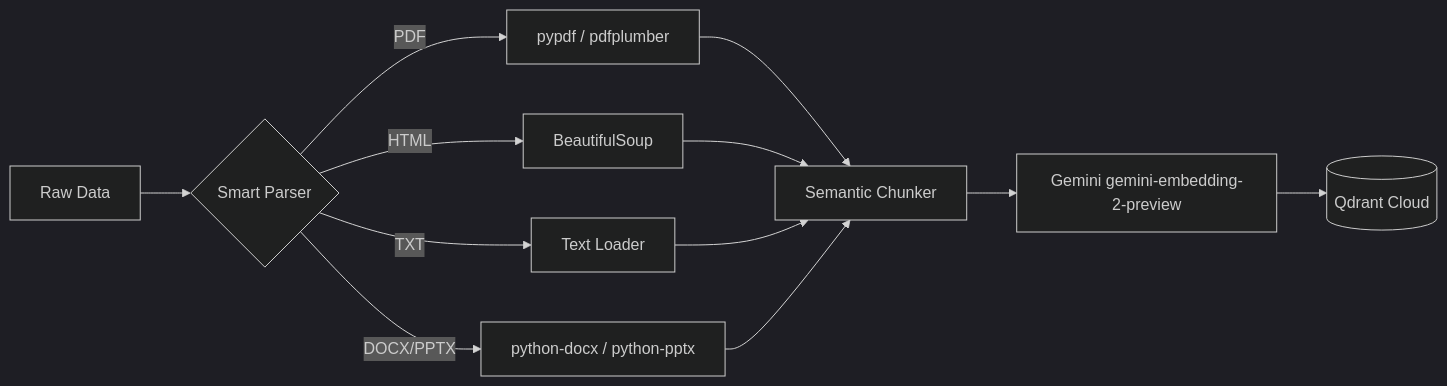
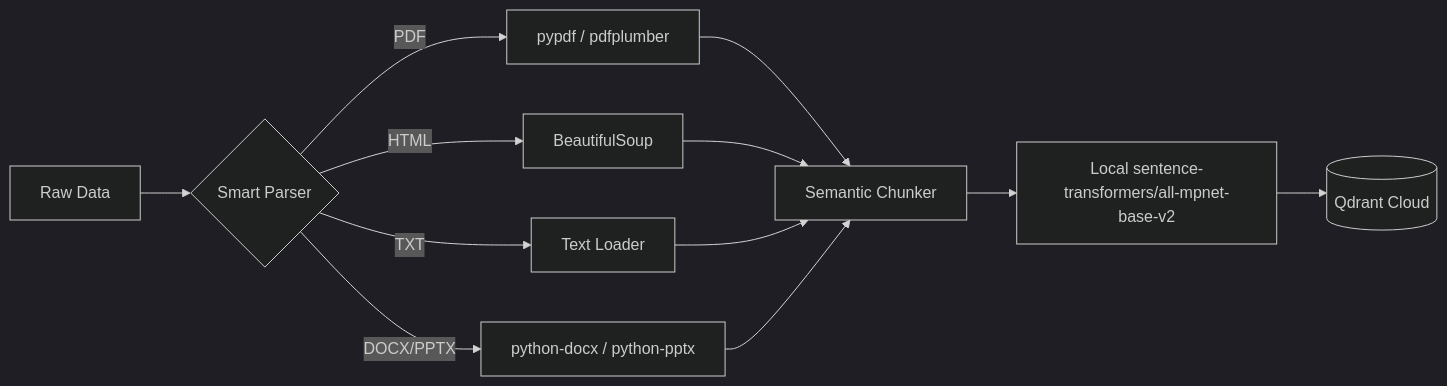
Before and after one commit to krunalp1908/Build-Production-Grade-RAG---Application: the diagram in DOCS/02_INGESTION_ENGINE.md, drawn with Mermaid (dark theme). The commit also changed other lines of this file and 12 other files, not shown here.

````diff
--- a/DOCS/02_INGESTION_ENGINE.md
+++ b/DOCS/02_INGESTION_ENGINE.md
@@ -6,14 +6,14 @@
 ```mermaid
 graph LR
     Raw[Raw Data] --> Parser{Smart Parser}
     Parser -->|PDF| Local[pypdf / pdfplumber]
     Parser -->|HTML| BS4[BeautifulSoup]
     Parser -->|TXT| Simple[Text Loader]
     Parser -->|DOCX/PPTX| Office[python-docx / python-pptx]
     Local --> Chunker[Semantic Chunker]
     BS4 --> Chunker
     Simple --> Chunker
     Office --> Chunker
-    Chunker --> Embedder[Gemini gemini-embedding-2-preview]
+    Chunker --> Embedder[Local sentence-transformers/all-mpnet-base-v2]
     Embedder --> VectorDB[(Qdrant Cloud)]
 ```
````
